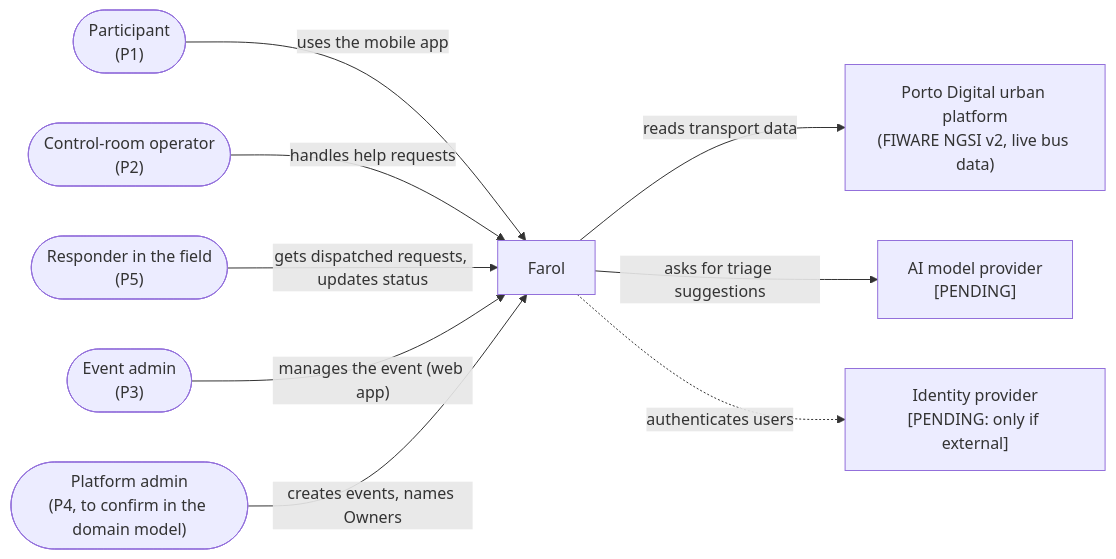
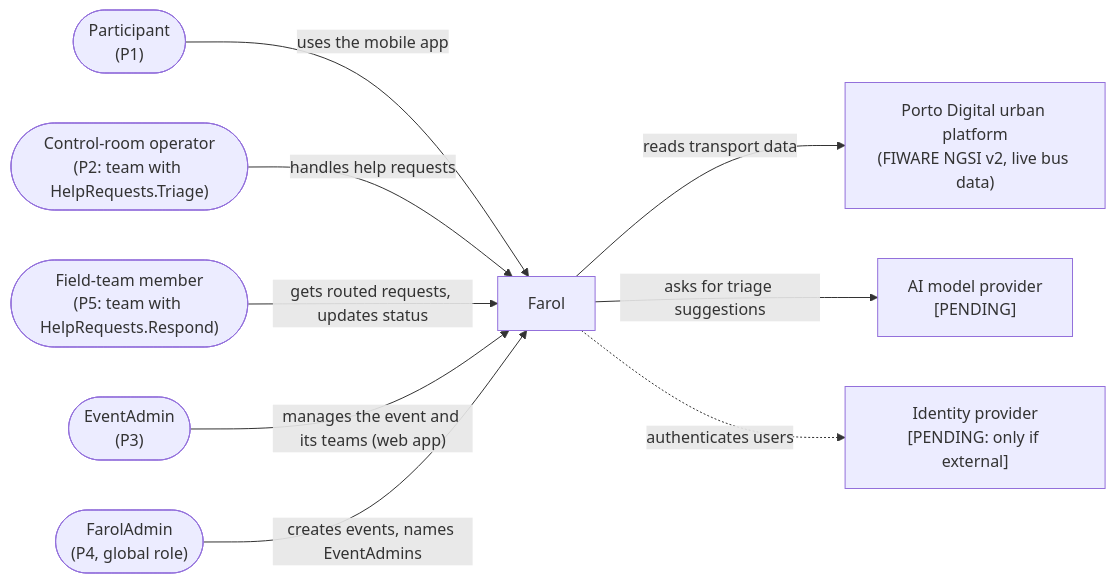
Before and after one commit to tomasoliveira21/LABDSOF: the first of 2 diagrams in Docs/Technical/architecture.md, drawn with Mermaid. The commit also changed other lines of this file and 10 other files, not shown here.

First line of the commit message:
docs (#56): Align documents with the role model

````diff
--- a/Docs/Technical/architecture.md
+++ b/Docs/Technical/architecture.md
@@ -25,21 +25,21 @@
 ```mermaid
 flowchart LR
     P(["Participant<br/>(P1)"])
-    O(["Control-room operator<br/>(P2)"])
-    R(["Responder in the field<br/>(P5)"])
-    A(["Event admin<br/>(P3)"])
-    PA(["Platform admin<br/>(P4, to confirm in the domain model)"])
+    O(["Control-room operator<br/>(P2: team with HelpRequests.Triage)"])
+    R(["Field-team member<br/>(P5: team with HelpRequests.Respond)"])
+    A(["EventAdmin<br/>(P3)"])
+    PA(["FarolAdmin<br/>(P4, global role)"])
     SYS["Farol"]
     TR["Porto Digital urban platform<br/>(FIWARE NGSI v2, live bus data)"]
     LLM["AI model provider<br/>[PENDING]"]
     IDP["Identity provider<br/>[PENDING: only if external]"]
 
     P -- "uses the mobile app" --> SYS
     O -- "handles help requests" --> SYS
-    R -- "gets dispatched requests, updates status" --> SYS
-    A -- "manages the event (web app)" --> SYS
-    PA -- "creates events, names Owners" --> SYS
+    R -- "gets routed requests, updates status" --> SYS
+    A -- "manages the event and its teams (web app)" --> SYS
+    PA -- "creates events, names EventAdmins" --> SYS
     SYS -- "reads transport data" --> TR
     SYS -- "asks for triage suggestions" --> LLM
     SYS -. "authenticates users" .-> IDP
 ```
````
